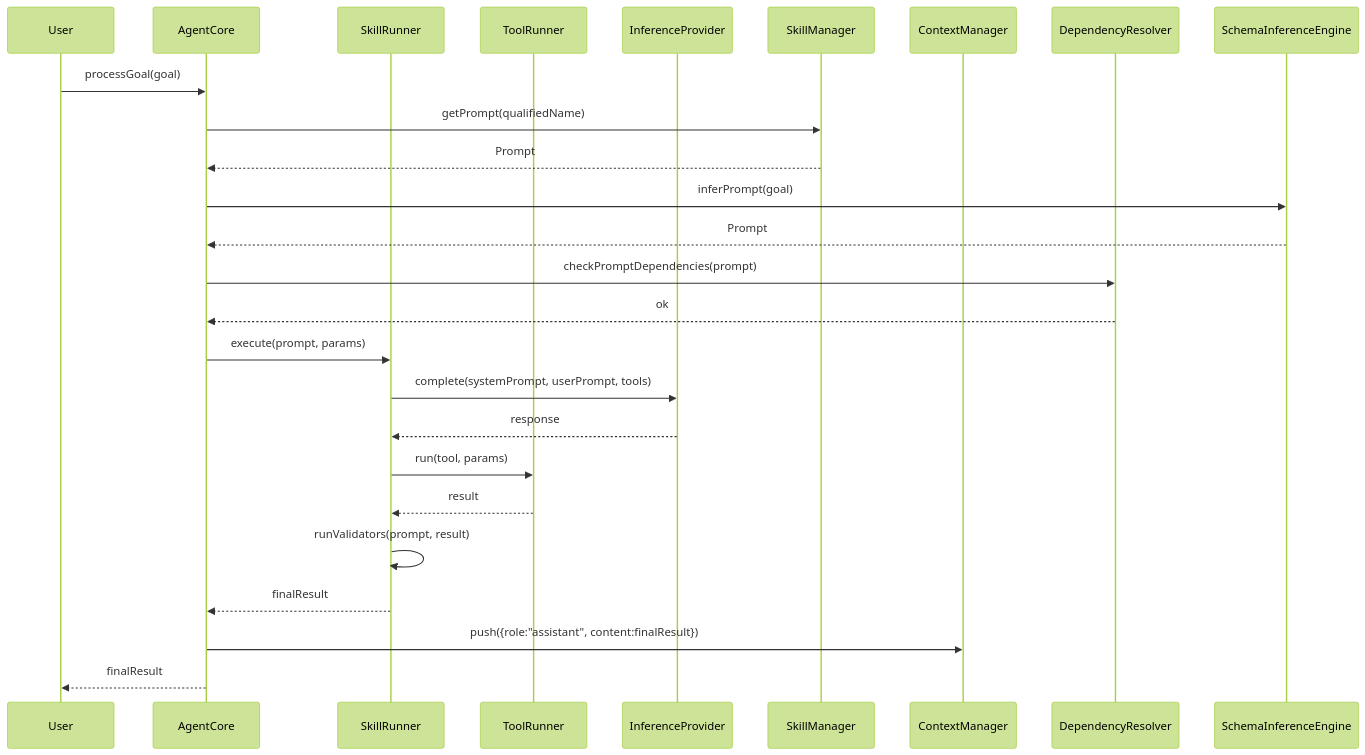
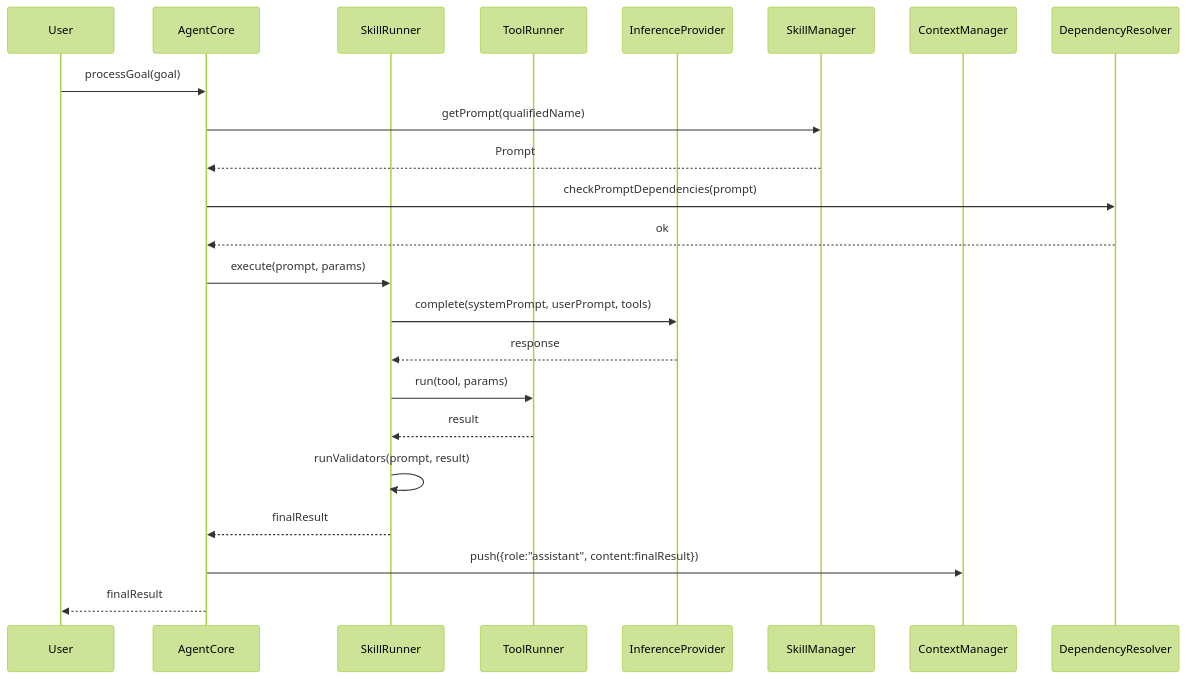
One commit to opensassi/a0 changed the second of 2 diagrams in src/agent_interfaces.spec.md. Above: the diagram before and after it, drawn with Mermaid (forest theme). The commit also changed other lines of this file and 47 other files, not shown here.

Commit message:
2026-06-02-a0-architectural-cleanup-1777bba30ffexd2vQv21odnw8j

````diff
--- a/src/agent_interfaces.spec.md
+++ b/src/agent_interfaces.spec.md
@@ -398,31 +385,30 @@
 ```mermaid
 sequenceDiagram
     participant User
     participant AC as AgentCore
     participant SR as SkillRunner
     participant TR as ToolRunner
     participant IP as InferenceProvider
     participant SM as SkillManager
     participant CM as ContextManager
     participant DR as DependencyResolver
-    participant SIE as SchemaInferenceEngine
+
     participant SM as SkillManager
     participant CM as ContextManager
 
     User->>AC: processGoal(goal)
     AC->>SM: getPrompt(qualifiedName)
     SM-->>AC: Prompt
-    AC->>SIE: inferPrompt(goal)
-    SIE-->>AC: Prompt
+
     AC->>DR: checkPromptDependencies(prompt)
     DR-->>AC: ok
     AC->>SR: execute(prompt, params)
     SR->>IP: complete(systemPrompt, userPrompt, tools)
     IP-->>SR: response
     SR->>TR: run(tool, params)
     TR-->>SR: result
     SR->>SR: runValidators(prompt, result)
     SR-->>AC: finalResult
     AC->>CM: push({role:"assistant", content:finalResult})
     AC-->>User: finalResult
 ```
````
